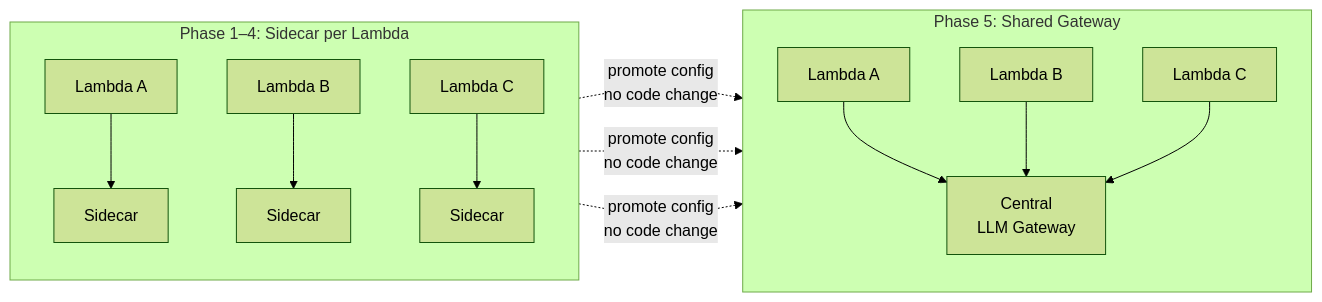
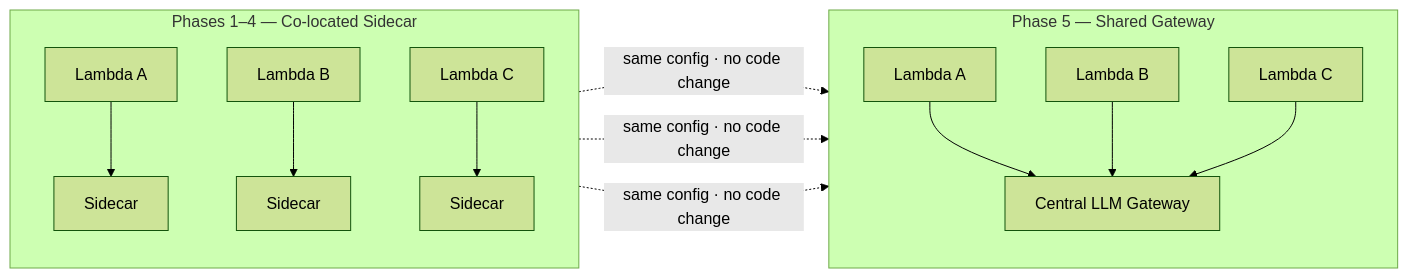
The seventh of 7 diagrams in architecture.md (ramprasathsampathkumar/vertx-sidecar), drawn with Mermaid (forest theme) before and after one commit. The commit also changed other lines of this file and 12 other files, not shown here.

````diff
--- a/architecture.md
+++ b/architecture.md
@@ -140,18 +243,18 @@
 ```mermaid
 graph LR
-    subgraph "Phase 1–4: Sidecar per Lambda"
+    subgraph SIDE ["Phases 1–4 — Co-located Sidecar"]
         direction TB
         LA["Lambda A"] --> SCA["Sidecar"]
         LB["Lambda B"] --> SCB["Sidecar"]
         LC["Lambda C"] --> SCC["Sidecar"]
     end
 
-    subgraph "Phase 5: Shared Gateway"
+    subgraph GATE ["Phase 5 — Shared Gateway"]
         direction TB
-        LD["Lambda A"] --> GW["Central\nLLM Gateway"]
+        LD["Lambda A"] --> GW["Central LLM Gateway"]
         LE["Lambda B"] --> GW
         LF["Lambda C"] --> GW
     end
 
-    SCA & SCB & SCC -.->|"promote config\nno code change"| GW
+    SCA & SCB & SCC -.->|"same config · no code change"| GW
 ```
````
